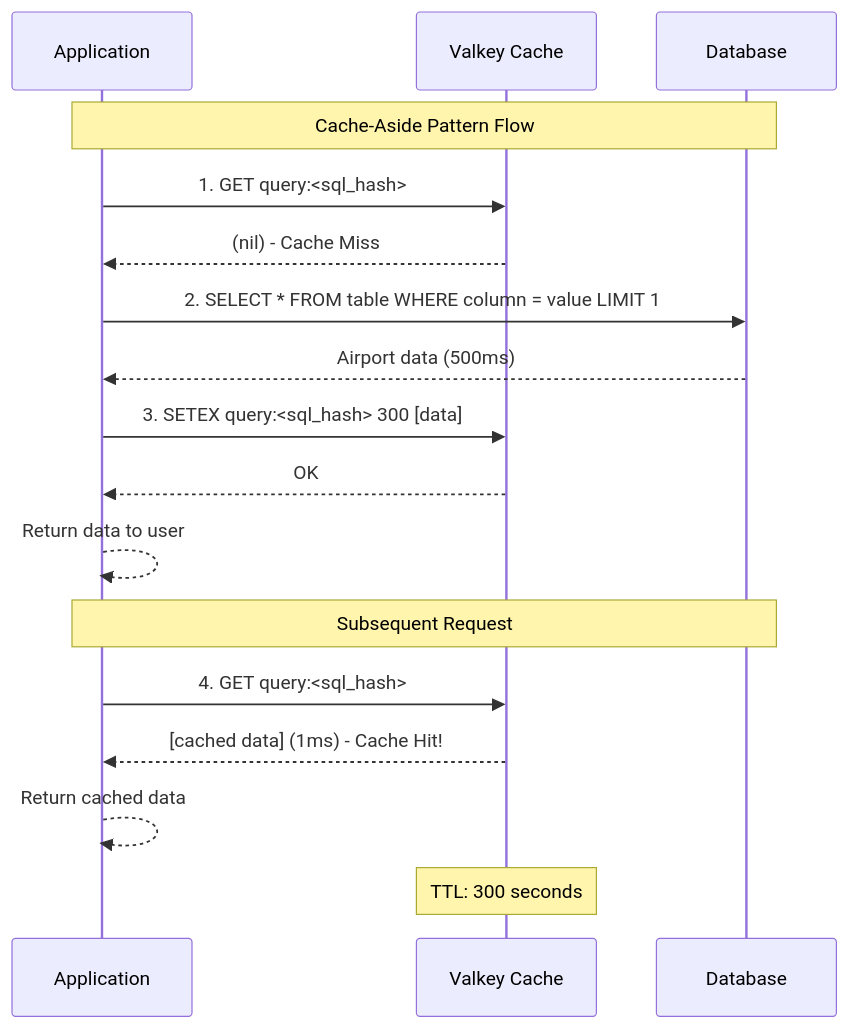
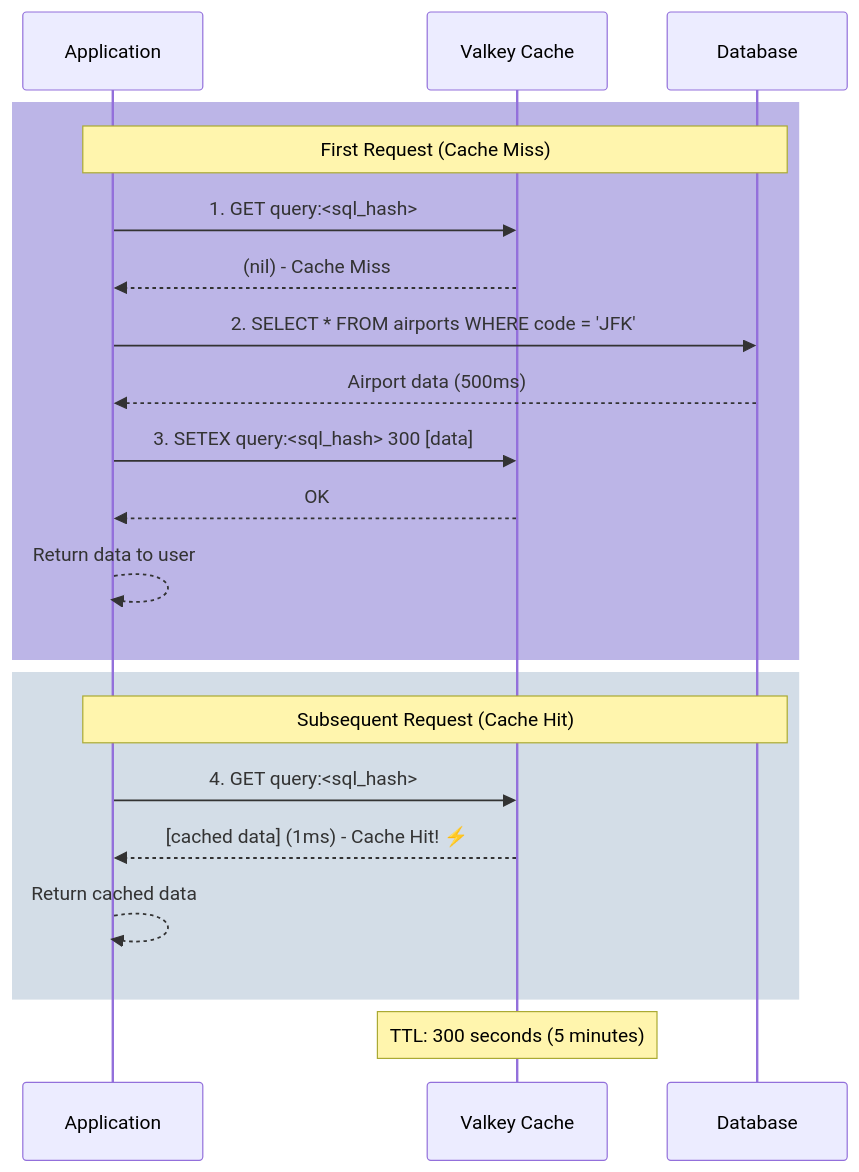
One commit to rlunar/valkey-workshops changed the second of 2 diagrams in cache_me_if_you_can/docs/concepts/cache_aside.md. Above: the diagram before and after it, drawn with Mermaid. The commit also changed other lines of this file and 5 other files, not shown here.

````diff
--- a/cache_me_if_you_can/docs/concepts/cache_aside.md
+++ b/cache_me_if_you_can/docs/concepts/cache_aside.md
@@ -14,19 +48,26 @@
 ```mermaid
 sequenceDiagram
     participant App as Application
     participant Cache as Valkey Cache
     participant RDBMS as Database
-    Note over App,RDBMS: Cache-Aside Pattern Flow
+    
+    rect rgb(188, 181, 231)
+    Note over App,RDBMS: First Request (Cache Miss)
     App->>Cache: 1. GET query:<sql_hash>
     Cache-->>App: (nil) - Cache Miss
-    App->>RDBMS: 2. SELECT * FROM table WHERE column = value LIMIT 1;
+    App->>RDBMS: 2. SELECT * FROM airports WHERE code = 'JFK'
     RDBMS-->>App: Airport data (500ms)
     App->>Cache: 3. SETEX query:<sql_hash> 300 [data]
     Cache-->>App: OK
     App-->>App: Return data to user
-    Note over App,RDBMS: Subsequent Request
+    end
+    
+    rect rgb(211, 221, 231)
+    Note over App,RDBMS: Subsequent Request (Cache Hit)
     App->>Cache: 4. GET query:<sql_hash>
-    Cache-->>App: [cached data] (1ms) - Cache Hit!
+    Cache-->>App: [cached data] (1ms) - Cache Hit! ⚡
     App-->>App: Return cached data
-    Note over Cache: TTL: 300 seconds
+    end
+    
+    Note over Cache: TTL: 300 seconds (5 minutes)
 ```
````
